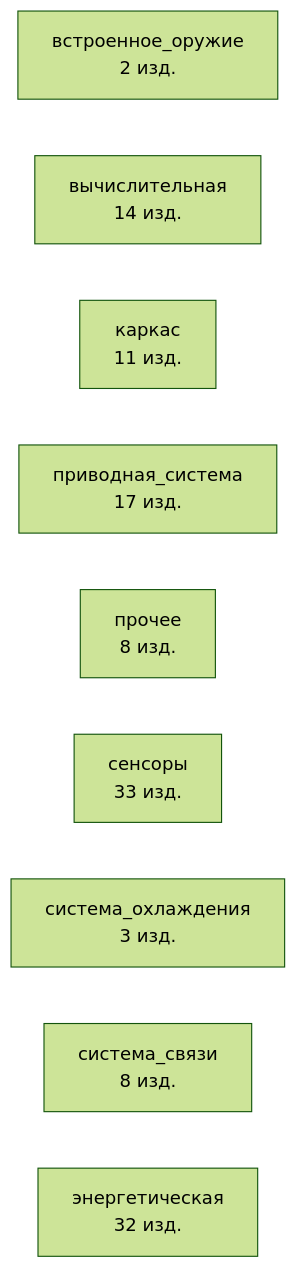
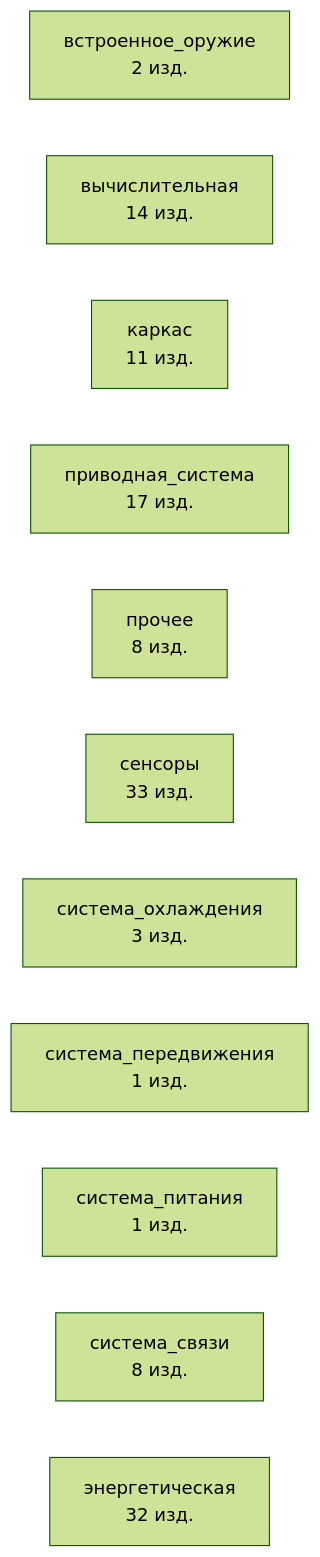
One commit to a-m-e-n-t-e-t/SkyNet changed the diagram in graphs/mermaid/graph1_overview.md. Above: the diagram before and after it, drawn with Mermaid (forest theme). The commit also changed other lines of this file and 9 other files, not shown here.

````diff
--- a/graphs/mermaid/graph1_overview.md
+++ b/graphs/mermaid/graph1_overview.md
@@ -3,12 +3,14 @@
 ```mermaid
 graph LR
     sub_встроенное_оружие[встроенное_оружие<br/>2 изд.]
     sub_вычислительная[вычислительная<br/>14 изд.]
     sub_каркас[каркас<br/>11 изд.]
     sub_приводная_система[приводная_система<br/>17 изд.]
     sub_прочее[прочее<br/>8 изд.]
     sub_сенсоры[сенсоры<br/>33 изд.]
     sub_система_охлаждения[система_охлаждения<br/>3 изд.]
+    sub_система_передвижения[система_передвижения<br/>1 изд.]
+    sub_система_питания[система_питания<br/>1 изд.]
     sub_система_связи[система_связи<br/>8 изд.]
     sub_энергетическая[энергетическая<br/>32 изд.]
 ```
````
